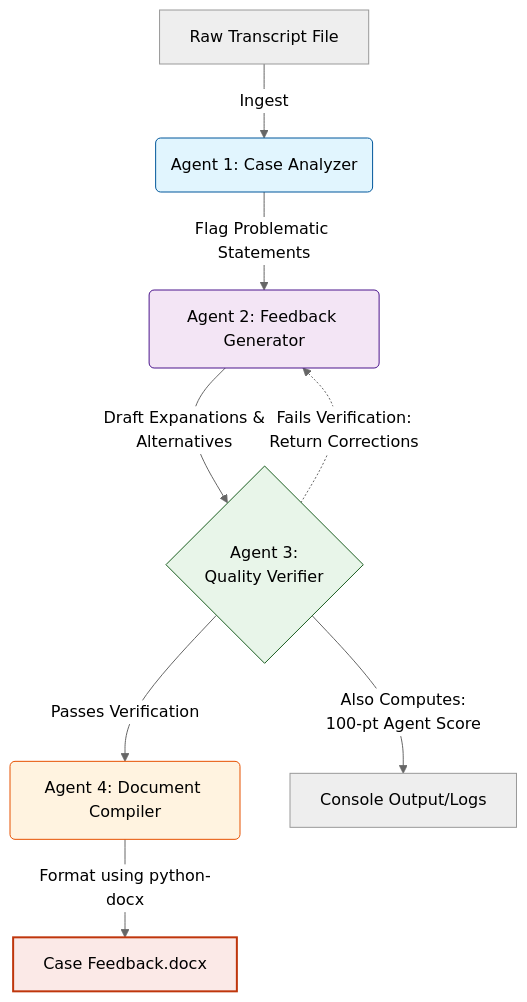
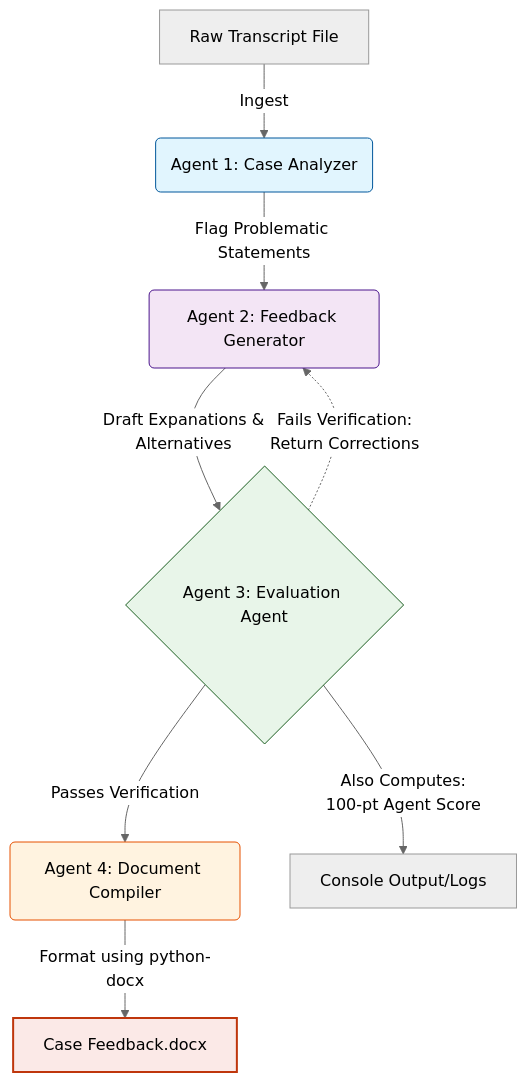
The diagram in README.md (sanngesh/-Multi-Agent-Customer-Service-Feedback-System), drawn with Mermaid (neutral theme) before and after one commit. The commit also changed other lines of this file and 4 other files, not shown here.

Commit message:
Rename Quality Verifier to Evaluation Agent & fix diagram

````diff
--- a/README.md
+++ b/README.md
@@ -42,20 +42,20 @@
 ```mermaid
 flowchart TD
     A[Raw Transcript File] -->|Ingest| B(Agent 1: Case Analyzer)
     B -->|Flag Problematic Statements| C(Agent 2: Feedback Generator)
     
-    C -->|Draft Expanations &\n Alternatives| D{Agent 3: \nQuality Verifier}
+    C -->|Draft Expanations &\n Alternatives| D{Agent 3: Evaluation Agent}
     
-    D -.->|Fails Verification:\nReturn Corrections| C
+    D -.->|Fails Verification:<br>Return Corrections| C
     
     D -->|Passes Verification| E(Agent 4: Document Compiler)
-    D -->|Also Computes:\n100-pt Agent Score| F[Console Output/Logs]
+    D -->|Also Computes:<br>100-pt Agent Score| F[Console Output/Logs]
     
     E -->|Format using python-docx| G[Case Feedback.docx]
     
     style B fill:#e1f5fe,stroke:#01579b
     style C fill:#f3e5f5,stroke:#4a148c
     style D fill:#e8f5e9,stroke:#1b5e20
     style E fill:#fff3e0,stroke:#e65100
     style G fill:#fbe9e7,stroke:#bf360c,stroke-width:2px
 ```
````
